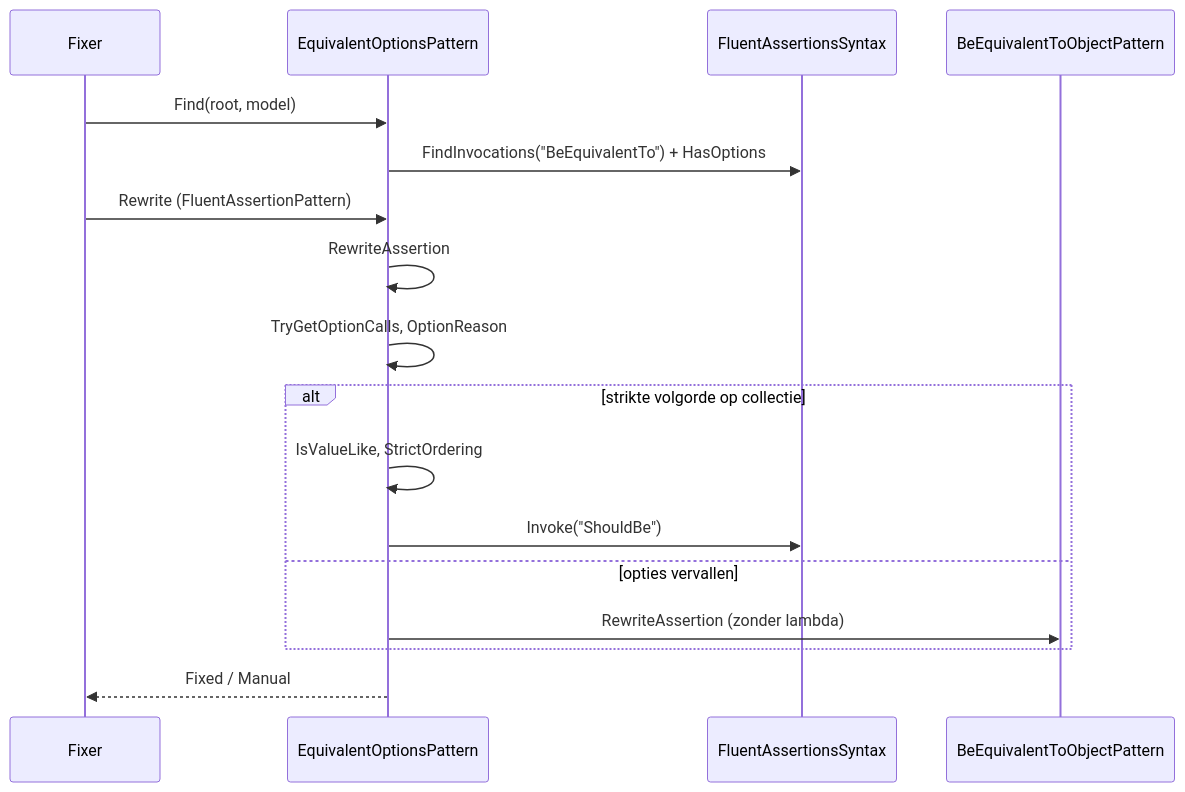
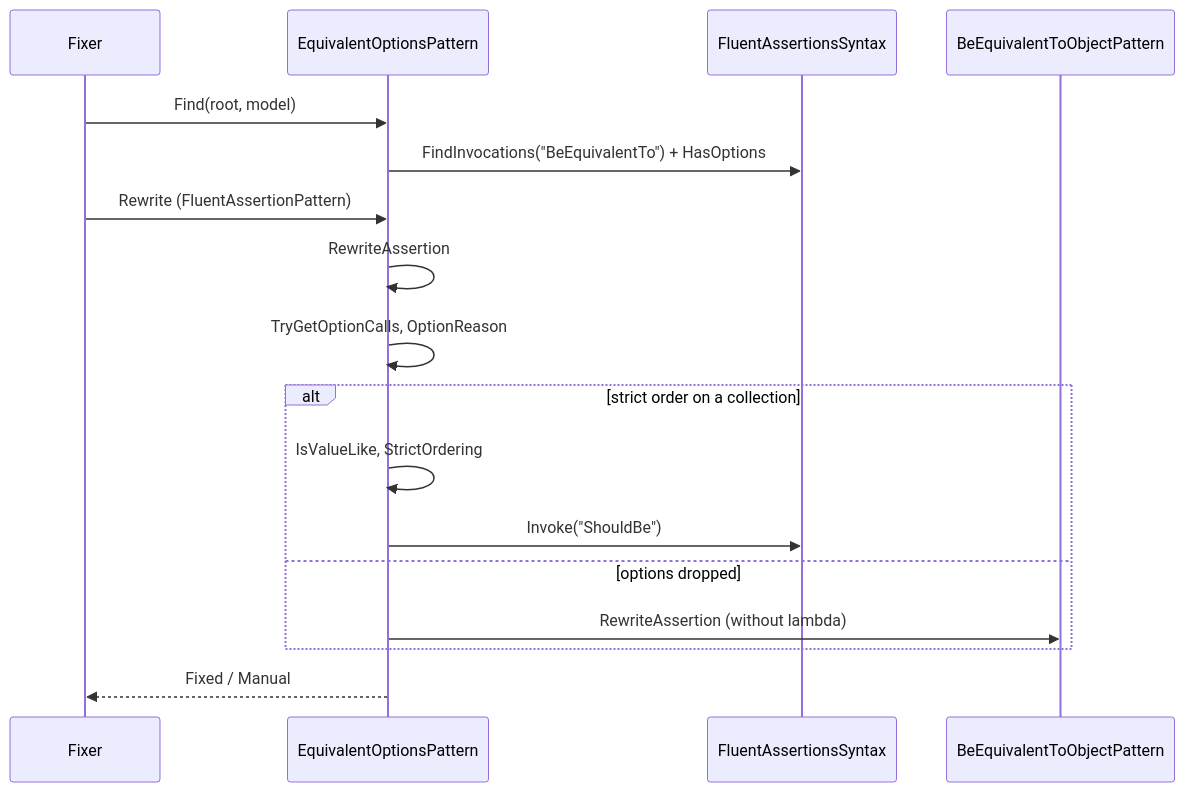
The second of 3 diagrams in docs/projectinfo/patterns/fa-equivalent-options-modellen.md (ATkingma/unshackle), drawn with Mermaid before and after one commit. The commit also changed other lines of this file and 415 other files, not shown here.

````diff
--- a/docs/projectinfo/patterns/fa-equivalent-options-modellen.md
+++ b/docs/projectinfo/patterns/fa-equivalent-options-modellen.md
@@ -27,15 +27,15 @@
 ```mermaid
 sequenceDiagram
     Fixer->>EquivalentOptionsPattern: Find(root, model)
     EquivalentOptionsPattern->>FluentAssertionsSyntax: FindInvocations("BeEquivalentTo") + HasOptions
     Fixer->>EquivalentOptionsPattern: Rewrite (FluentAssertionPattern)
     EquivalentOptionsPattern->>EquivalentOptionsPattern: RewriteAssertion
     EquivalentOptionsPattern->>EquivalentOptionsPattern: TryGetOptionCalls, OptionReason
-    alt strikte volgorde op collectie
+    alt strict order on a collection
         EquivalentOptionsPattern->>EquivalentOptionsPattern: IsValueLike, StrictOrdering
         EquivalentOptionsPattern->>FluentAssertionsSyntax: Invoke("ShouldBe")
-    else opties vervallen
-        EquivalentOptionsPattern->>BeEquivalentToObjectPattern: RewriteAssertion (zonder lambda)
+    else options dropped
+        EquivalentOptionsPattern->>BeEquivalentToObjectPattern: RewriteAssertion (without lambda)
     end
     EquivalentOptionsPattern-->>Fixer: Fixed / Manual
 ```
````
